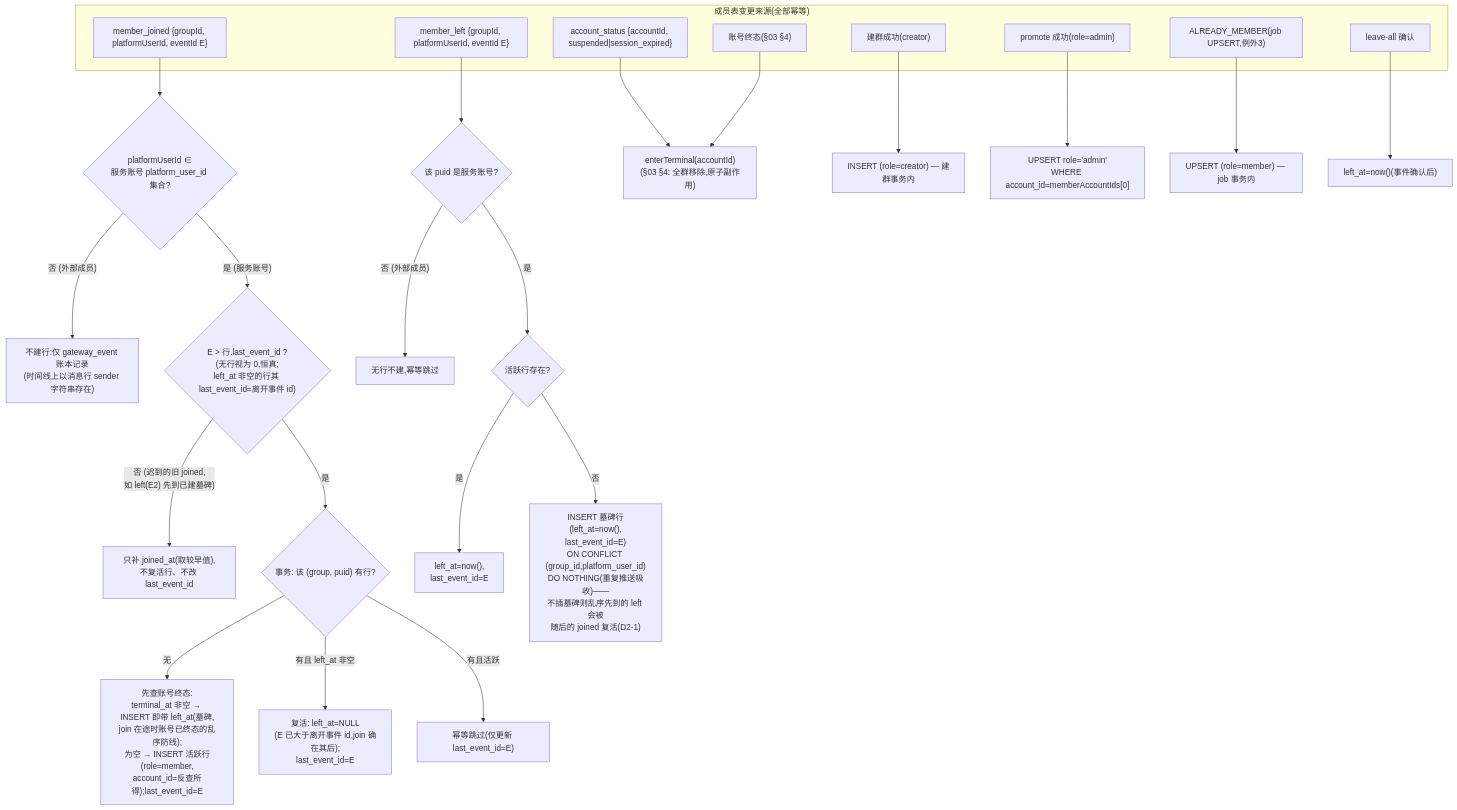
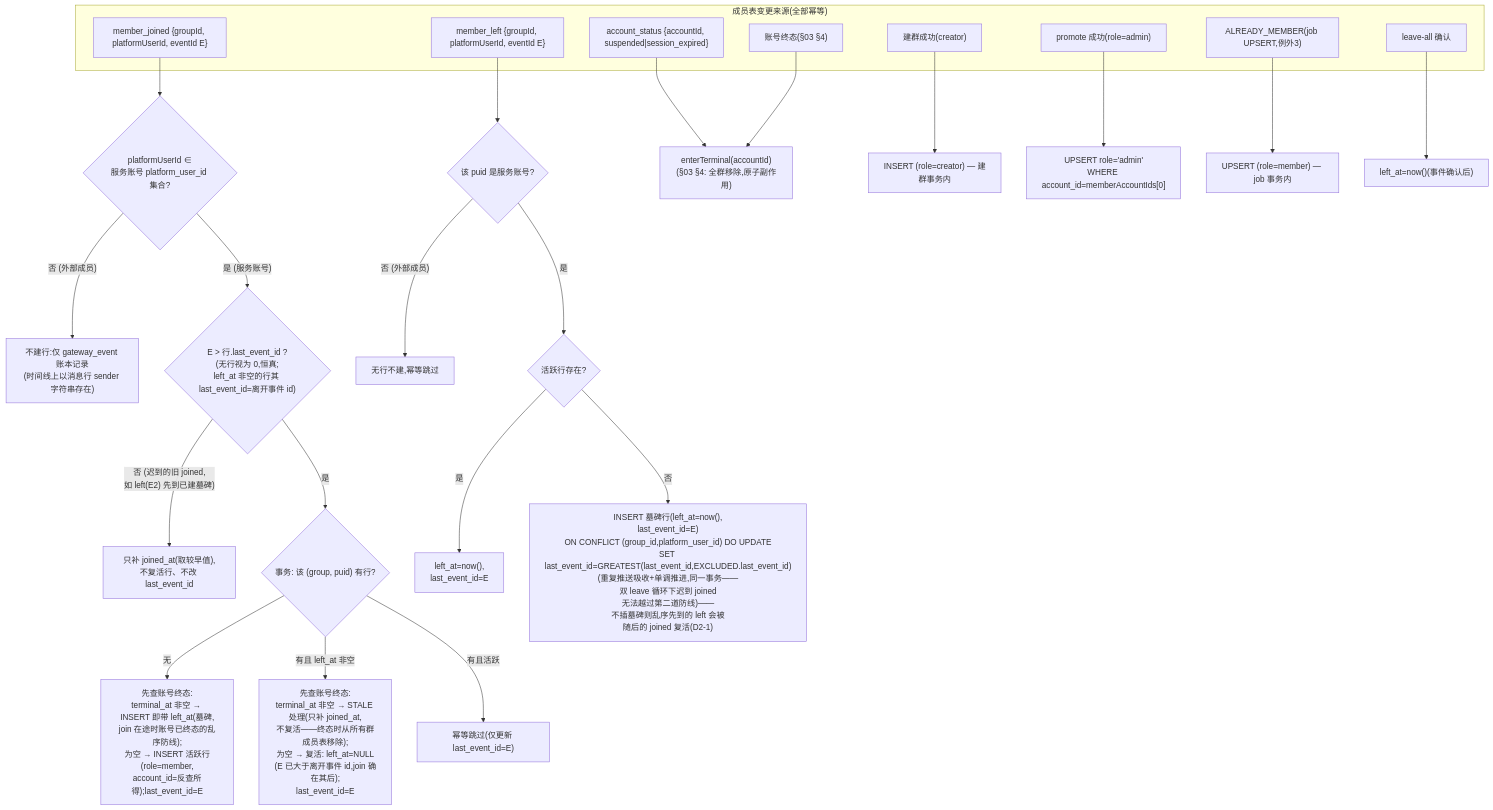
The fifth of 5 diagrams in docs/design/04-group-module.md (AlfredChaos/kapibala), drawn with Mermaid before and after one commit. The commit also changed other lines of this file and 7 other files, not shown here.

````diff
--- a/docs/design/04-group-module.md
+++ b/docs/design/04-group-module.md
@@ -196,33 +196,33 @@
 ```mermaid
 flowchart TD
     subgraph SOURCES["成员表变更来源(全部幂等)"]
         MJ["member_joined {groupId, platformUserId, eventId E}"]
         ML["member_left {groupId, platformUserId, eventId E}"]
         AST["account_status {accountId, suspended|session_expired}"]
         CRT["建群成功(creator)"]
         PRM["promote 成功(role=admin)"]
         AM["ALREADY_MEMBER(job UPSERT,例外3)"]
         TERM["账号终态(§03 §4)"]
         LAL["leave-all 确认"]
     end
 
     MJ --> OWNF{"platformUserId ∈<br/>服务账号 platform_user_id 集合?"}
     OWNF -->|"否 (外部成员)"| IGNORE["不建行:仅 gateway_event 账本记录<br/>(时间线上以消息行 sender 字符串存在)"]
     OWNF -->|"是 (服务账号)"| MJORD{"E > 行.last_event_id ?<br/>(无行视为 0,恒真;<br/>left_at 非空的行其 last_event_id=离开事件 id)"}
     MJORD -->|"否 (迟到的旧 joined,<br/>如 left(E2) 先到已建墓碑)"| STALE["只补 joined_at(取较早值),<br/>不复活行、不改 last_event_id"]
     MJORD -->|是| R1{"事务: 该 (group, puid) 有行?"}
     R1 -->|"无"| I1["先查账号终态:<br/>terminal_at 非空 → INSERT 即带 left_at(墓碑,<br/>join 在途时账号已终态的乱序防线);<br/>为空 → INSERT 活跃行(role=member,<br/>account_id=反查所得);last_event_id=E"]
-    R1 -->|"有且 left_at 非空"| U1["复活: left_at=NULL<br/>(E 已大于离开事件 id,join 确在其后);<br/>last_event_id=E"]
+    R1 -->|"有且 left_at 非空"| U1["先查账号终态:<br/>terminal_at 非空 → STALE 处理(只补 joined_at,<br/>不复活——终态时从所有群成员表移除);<br/>为空 → 复活: left_at=NULL<br/>(E 已大于离开事件 id,join 确在其后);<br/>last_event_id=E"]
     R1 -->|"有且活跃"| N1["幂等跳过(仅更新 last_event_id=E)"]
     ML --> R2{"该 puid 是服务账号?"}
     R2 -->|"否 (外部成员)"| N2["无行不建,幂等跳过"]
     R2 -->|是| R3{"活跃行存在?"}
     R3 -->|是| U2["left_at=now(),<br/>last_event_id=E"]
-    R3 -->|否| TOMB["INSERT 墓碑行(left_at=now(),<br/>last_event_id=E)<br/>ON CONFLICT (group_id,platform_user_id)<br/>DO NOTHING(重复推送吸收)——<br/>不插墓碑则乱序先到的 left 会被<br/>随后的 joined 复活(D2-1)"]
+    R3 -->|否| TOMB["INSERT 墓碑行(left_at=now(),<br/>last_event_id=E)<br/>ON CONFLICT (group_id,platform_user_id) DO UPDATE<br/>SET last_event_id=GREATEST(last_event_id,EXCLUDED.last_event_id)<br/>(重复推送吸收+单调推进,同一事务——<br/>双 leave 循环下迟到 joined<br/>无法越过第二道防线)——<br/>不插墓碑则乱序先到的 left 会被<br/>随后的 joined 复活(D2-1)"]
     AST --> T1["enterTerminal(accountId)<br/>(§03 §4: 全群移除,原子副作用)"]
     TERM --> T1
     CRT --> I2["INSERT (role=creator) — 建群事务内"]
     PRM --> U3["UPSERT role='admin'<br/>WHERE account_id=memberAccountIds[0]"]
     AM --> I3["UPSERT (role=member) — job 事务内"]
     LAL --> U4["left_at=now()(事件确认后)"]
 ```
````
